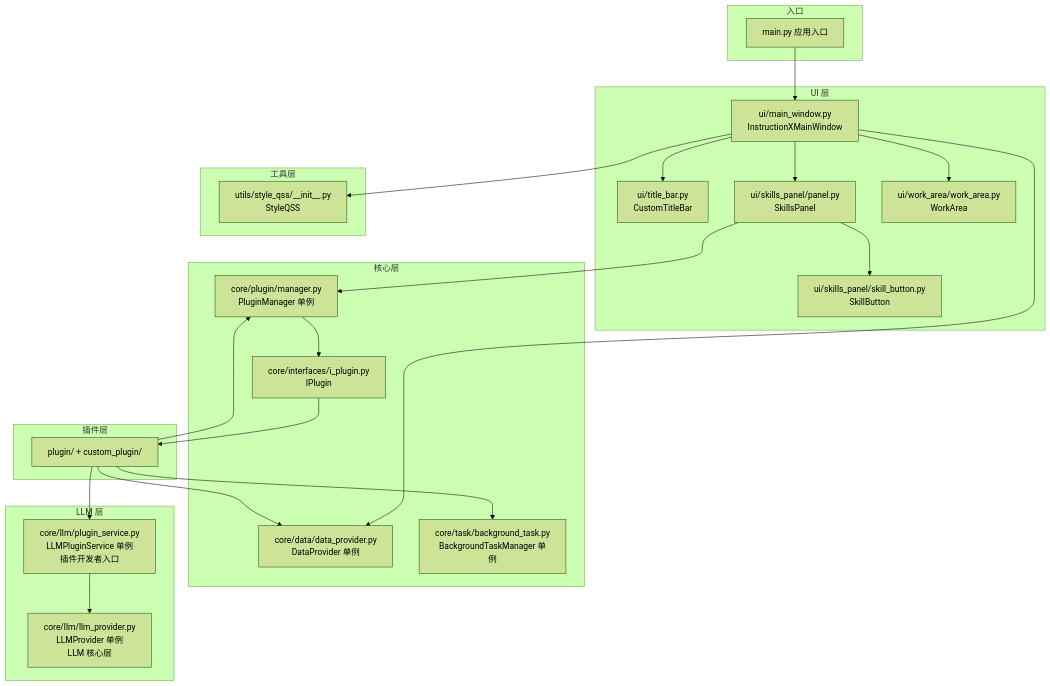
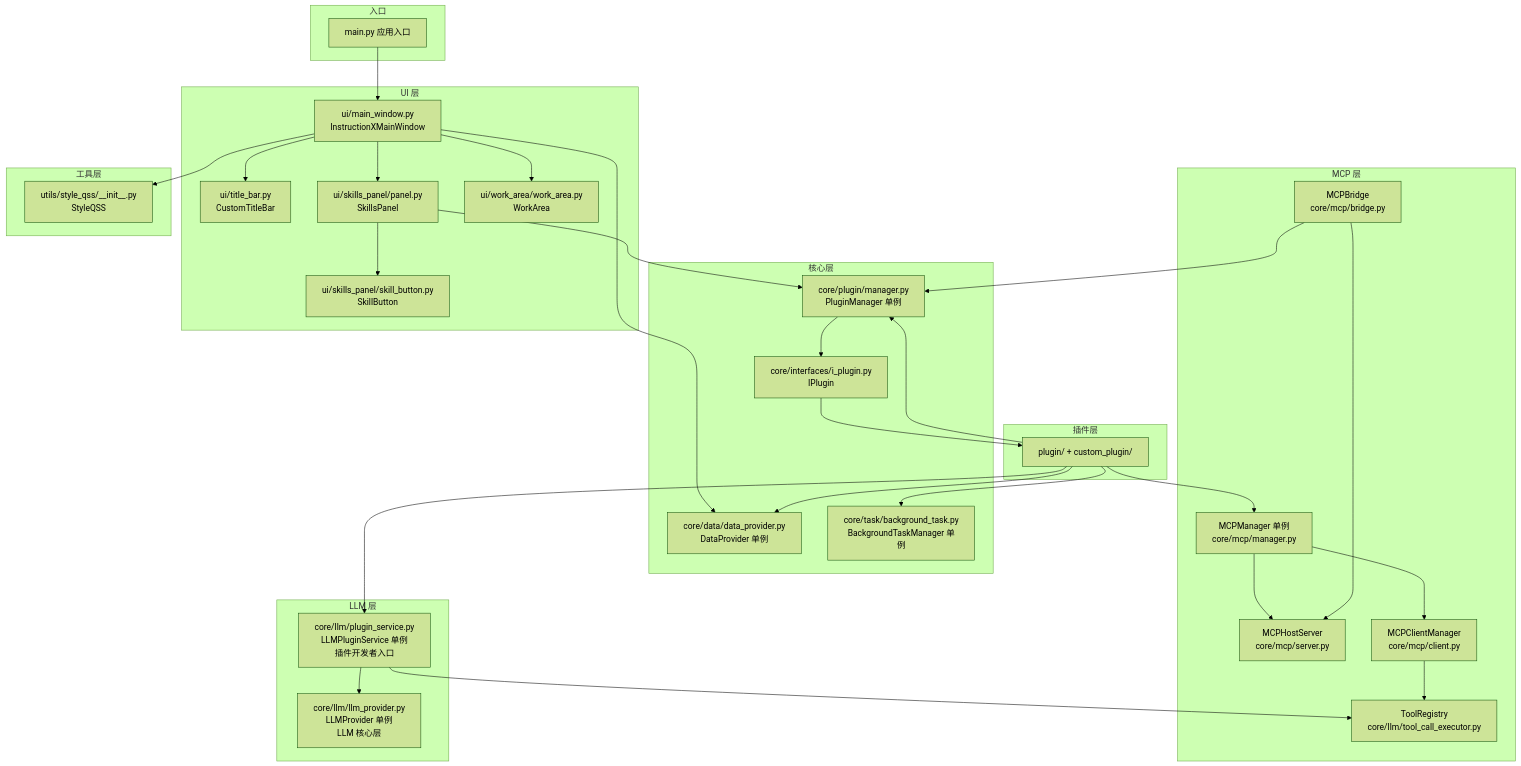
One commit to KKPIP-Tech/InstructionX changed the first of 5 diagrams in docs/architecture/module-dependencies.md. Above: the diagram before and after it, drawn with Mermaid (forest theme). The commit also changed other lines of this file and 9 other files, not shown here.

````diff
--- a/docs/architecture/module-dependencies.md
+++ b/docs/architecture/module-dependencies.md
@@ -9,50 +9,65 @@
 ```mermaid
 graph TB
     subgraph Entry ["入口"]
         MAIN[main.py 应用入口]
     end
 
     subgraph UI ["UI 层"]
         MW[ui/main_window.py<br/>InstructionXMainWindow]
         TB[ui/title_bar.py<br/>CustomTitleBar]
         SB[ui/skills_panel/skill_button.py<br/>SkillButton]
         SP[ui/skills_panel/panel.py<br/>SkillsPanel]
         WA[ui/work_area/work_area.py<br/>WorkArea]
     end
 
     subgraph Core ["核心层"]
         PM[core/plugin/manager.py<br/>PluginManager 单例]
         DP[core/data/data_provider.py<br/>DataProvider 单例]
         BTM[core/task/background_task.py<br/>BackgroundTaskManager 单例]
         IPlugin[core/interfaces/i_plugin.py<br/>IPlugin]
     end
 
+    subgraph MCP ["MCP 层"]
+        MCPM[MCPManager 单例<br/>core/mcp/manager.py]
+        MCPH[MCPHostServer<br/>core/mcp/server.py]
+        MCPC[MCPClientManager<br/>core/mcp/client.py]
+        MCPB[MCPBridge<br/>core/mcp/bridge.py]
+        MCPM --> MCPH
+        MCPM --> MCPC
+        MCPB --> MCPH
+        MCPB --> PM
+        MCPC --> TR
+    end
+
     subgraph LLM ["LLM 层"]
         LLMS[core/llm/plugin_service.py<br/>LLMPluginService 单例<br/>插件开发者入口]
         LLMP[core/llm/llm_provider.py<br/>LLMProvider 单例<br/>LLM 核心层]
+        TR[ToolRegistry<br/>core/llm/tool_call_executor.py]
         LLMS --> LLMP
+        LLMS --> TR
     end
 
     subgraph Utils ["工具层"]
         STYLE[utils/style_qss/__init__.py<br/>StyleQSS]
     end
 
     subgraph Plugins ["插件层"]
         PLUGIN[plugin/ + custom_plugin/]
     end
 
     MAIN --> MW
     MW --> TB
     MW --> SP
     MW --> WA
     SP --> SB
     MW --> DP
     MW --> STYLE
     SP --> PM
     PM --> IPlugin
     IPlugin --> PLUGIN
     PLUGIN --> PM
     PLUGIN --> DP
     PLUGIN --> BTM
     PLUGIN --> LLMS
+    PLUGIN --> MCPM
 ```
````
